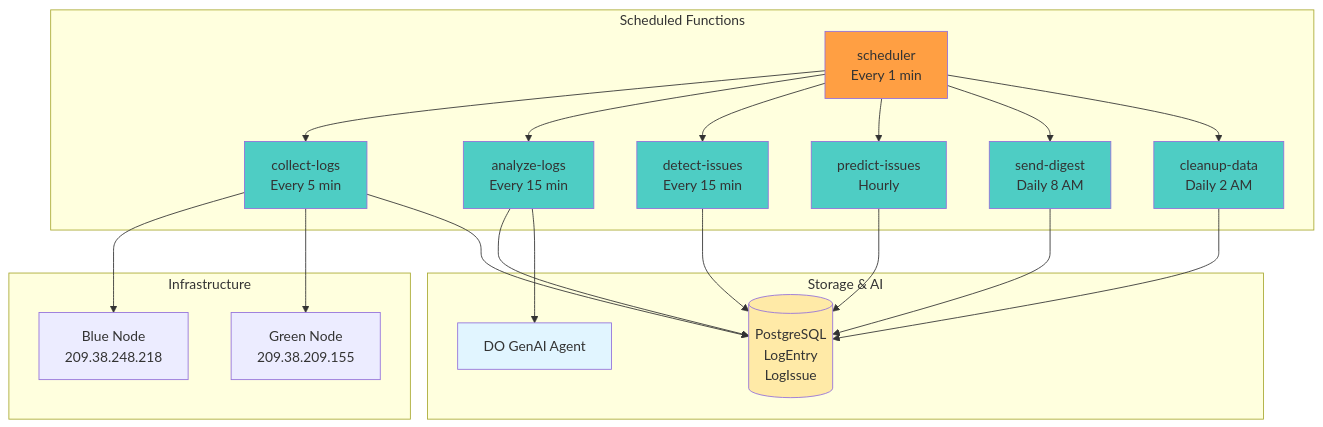
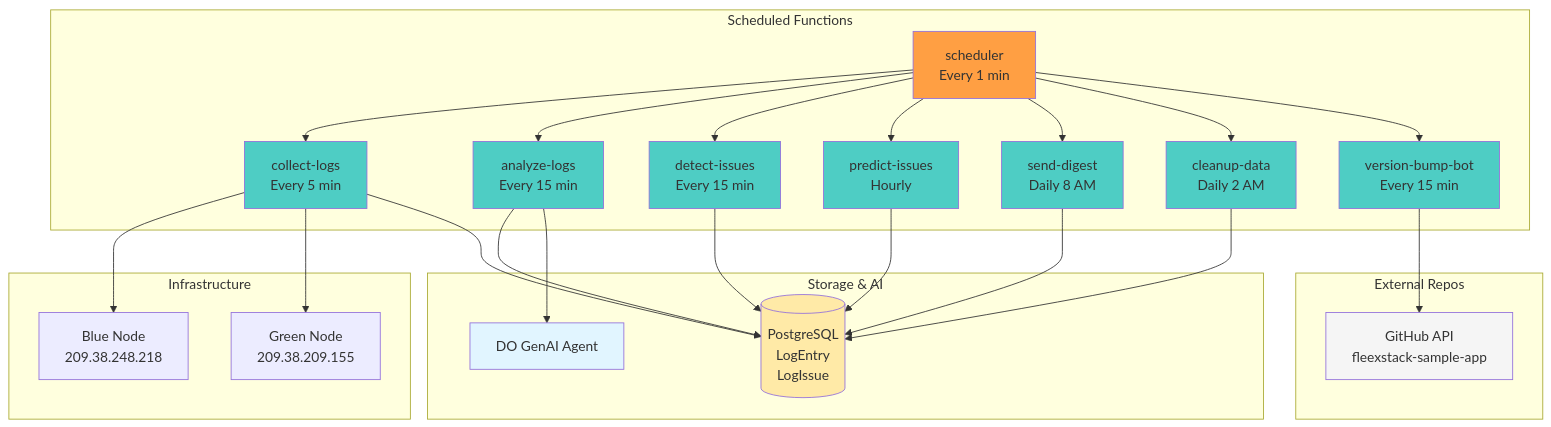
Before and after one commit to MikeBild/fleexstack-monitoring: the first of 14 diagrams in docs/architecture.md, drawn with Mermaid. The commit also changed other lines of this file and 3 other files, not shown here.

First line of the commit message:
docs: add fleexstack-sample-app-version-bump-bot to documentation

````diff
--- a/docs/architecture.md
+++ b/docs/architecture.md
@@ -7,49 +7,59 @@
 ```mermaid
 graph TB
     subgraph "Scheduled Functions"
         SCH[scheduler<br/>Every 1 min]
         CL[collect-logs<br/>Every 5 min]
         AL[analyze-logs<br/>Every 15 min]
         DI[detect-issues<br/>Every 15 min]
         PI[predict-issues<br/>Hourly]
         SD[send-digest<br/>Daily 8 AM]
         CD[cleanup-data<br/>Daily 2 AM]
+        VB[version-bump-bot<br/>Every 15 min]
     end
 
     subgraph "Infrastructure"
         Blue[Blue Node<br/>209.38.248.218]
         Green[Green Node<br/>209.38.209.155]
     end
 
     subgraph "Storage & AI"
         DB[(PostgreSQL<br/>LogEntry<br/>LogIssue)]
         GenAI[DO GenAI Agent]
     end
 
     SCH --> CL
     SCH --> AL
     SCH --> DI
     SCH --> PI
     SCH --> SD
     SCH --> CD
+    SCH --> VB
+
+    subgraph "External Repos"
+        GH[GitHub API<br/>fleexstack-sample-app]
+    end
+
+    VB --> GH
 
     CL --> Blue
     CL --> Green
     CL --> DB
     AL --> DB
     AL --> GenAI
     DI --> DB
     PI --> DB
     SD --> DB
     CD --> DB
 
     style SCH fill:#ff9f43
     style CL fill:#4ecdc4
     style AL fill:#4ecdc4
     style DI fill:#4ecdc4
     style PI fill:#4ecdc4
     style SD fill:#4ecdc4
     style CD fill:#4ecdc4
+    style VB fill:#4ecdc4
     style GenAI fill:#e1f5ff
+    style GH fill:#f5f5f5
     style DB fill:#ffeaa7
 ```
````
